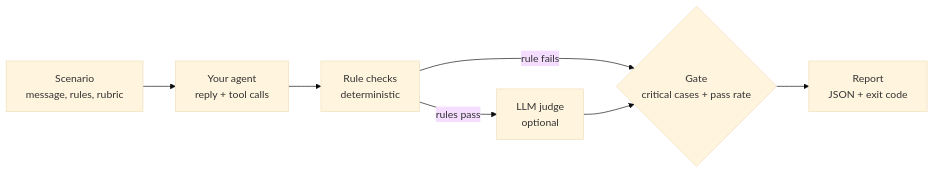
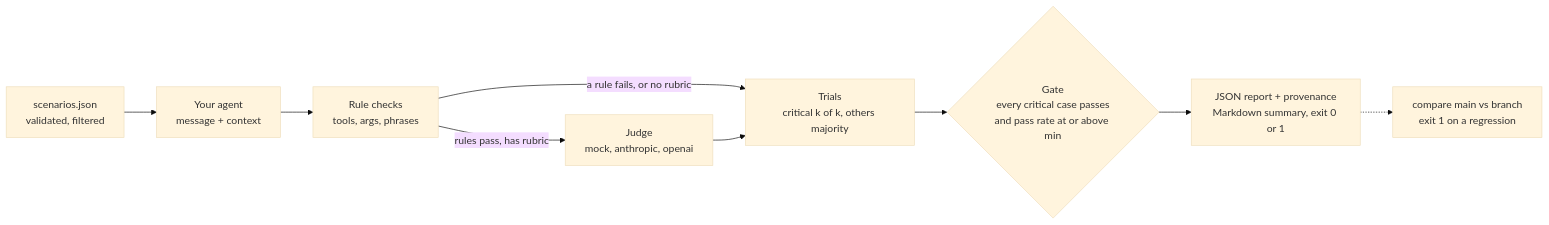
The diagram in README.md (Binarysite/agent-eval-harness), drawn with Mermaid (base theme) before and after one commit. The commit also changed other lines of this file and 2 other files, not shown here.

First line of the commit message:
docs: lead the README with the gate and move the reference to docs/

````diff
--- a/README.md
+++ b/README.md
@@ -42,9 +91,11 @@
 ```mermaid
 flowchart LR
-  S["Scenario<br/>message, rules, rubric"] --> A["Your agent<br/>reply + tool calls"]
-  A --> R["Rule checks<br/>deterministic"]
-  R -->|rules pass| J["LLM judge<br/>optional"]
-  R -->|rule fails| G
-  J --> G{"Gate<br/>critical cases + pass rate"}
-  G --> P["Report<br/>JSON + exit code"]
+  S["scenarios.json<br/>validated, filtered"] --> A["Your agent<br/>message + context"]
+  A --> R["Rule checks<br/>tools, args, phrases"]
+  R -->|"a rule fails, or no rubric"| T
+  R -->|"rules pass, has rubric"| J["Judge<br/>mock, anthropic, openai"]
+  J --> T["Trials<br/>critical k of k, others majority"]
+  T --> G{"Gate<br/>every critical case passes<br/>and pass rate at or above min"}
+  G --> O["JSON report + provenance<br/>Markdown summary, exit 0 or 1"]
+  O -.-> C["compare main vs branch<br/>exit 1 on a regression"]
 ```
````
